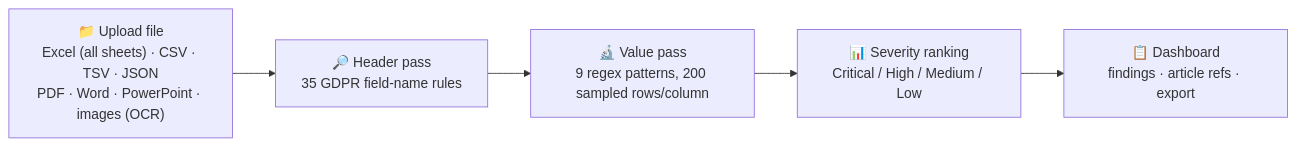
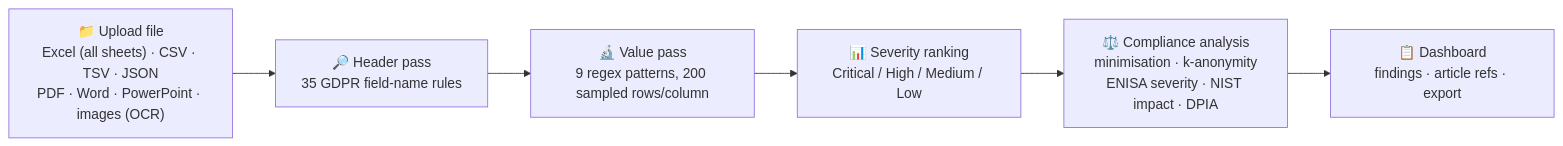
One commit to Jeevan-0508/gdpr-compliance-scanner changed the diagram in README.md. Above: the diagram before and after it, drawn with Mermaid. The commit also changed other lines of this file and 5 other files, not shown here.

````diff
--- a/README.md
+++ b/README.md
@@ -41,13 +42,16 @@
 ```mermaid
 flowchart LR
     A["📁 Upload file
 Excel (all sheets) · CSV · TSV · JSON
 PDF · Word · PowerPoint · images (OCR)"] --> B["🔎 Header pass
 35 GDPR field-name rules"]
     B --> C["🔬 Value pass
 9 regex patterns, 200 sampled rows/column"]
     C --> D["📊 Severity ranking
 Critical / High / Medium / Low"]
-    D --> E["📋 Dashboard
+    D --> E["⚖️ Compliance analysis
+minimisation · k-anonymity
+ENISA severity · NIST impact · DPIA"]
+    E --> F["📋 Dashboard
 findings · article refs · export"]
 ```
````
